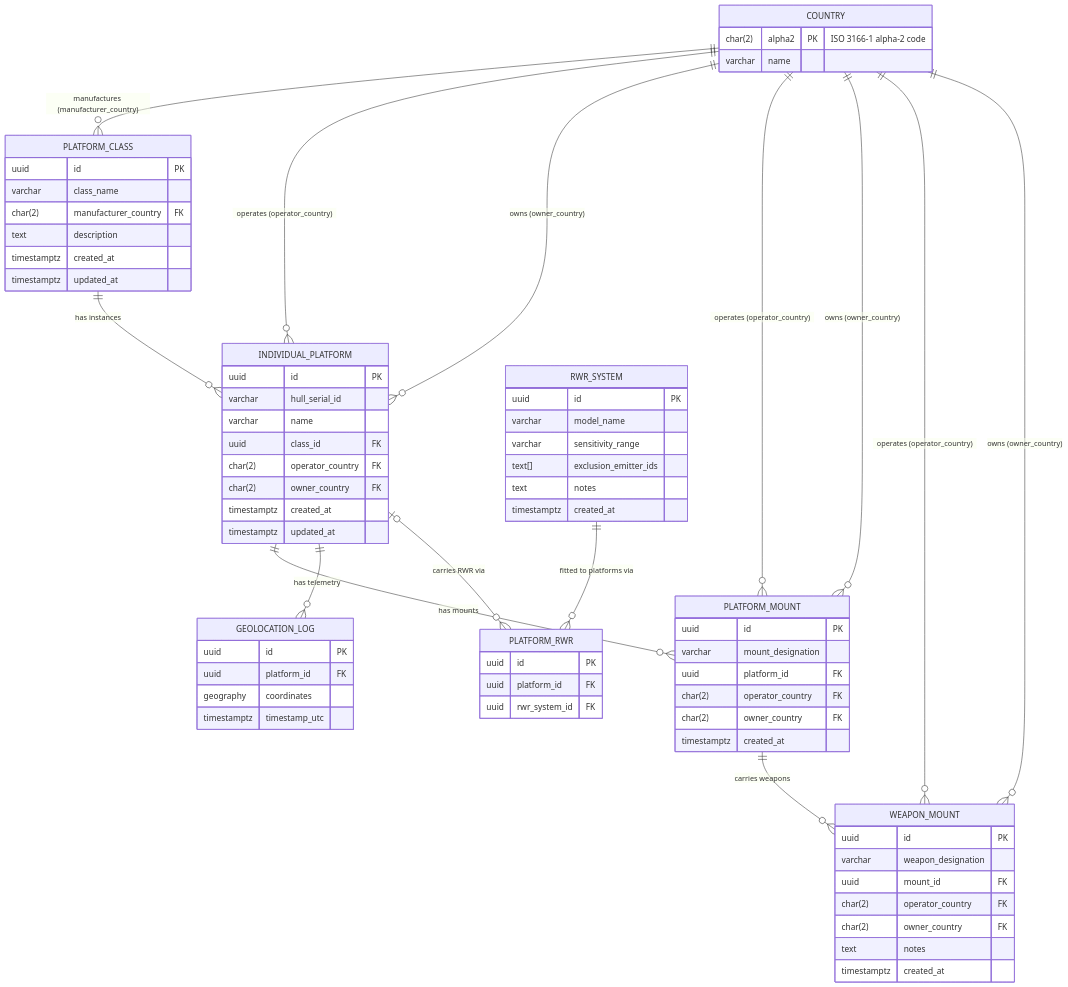
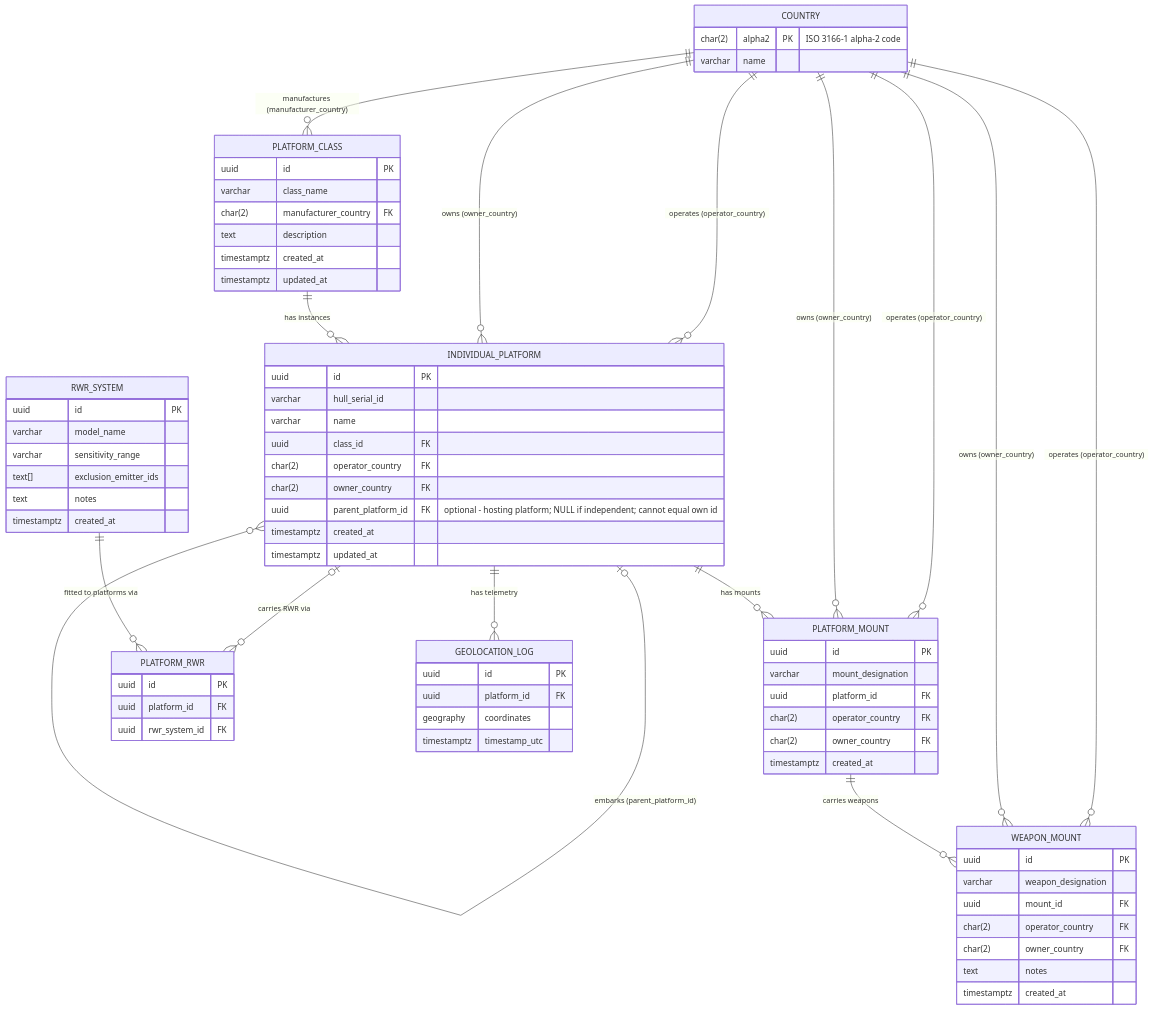
One commit to DXCSithlordPadawan/curator changed the second of 3 diagrams in docs/ARCHITECTURE.md. Above: the diagram before and after it, drawn with Mermaid. The commit also changed other lines of this file and 7 other files, not shown here.

First line of the commit message:
feat: add self-referential parent_platform_id to INDIVIDUAL_PLATFORM

````diff
--- a/docs/ARCHITECTURE.md
+++ b/docs/ARCHITECTURE.md
@@ -88,75 +88,77 @@
 ```mermaid
 erDiagram
     COUNTRY {
         char(2) alpha2 PK "ISO 3166-1 alpha-2 code"
         varchar name
     }
     PLATFORM_CLASS {
         uuid id PK
         varchar class_name
         char(2) manufacturer_country FK
         text description
         timestamptz created_at
         timestamptz updated_at
     }
     INDIVIDUAL_PLATFORM {
         uuid id PK
         varchar hull_serial_id
         varchar name
         uuid class_id FK
         char(2) operator_country FK
         char(2) owner_country FK
+        uuid parent_platform_id FK "optional - hosting platform; NULL if independent; cannot equal own id"
         timestamptz created_at
         timestamptz updated_at
     }
     PLATFORM_MOUNT {
         uuid id PK
         varchar mount_designation
         uuid platform_id FK
         char(2) operator_country FK
         char(2) owner_country FK
         timestamptz created_at
     }
     WEAPON_MOUNT {
         uuid id PK
         varchar weapon_designation
         uuid mount_id FK
         char(2) operator_country FK
         char(2) owner_country FK
         text notes
         timestamptz created_at
     }
     RWR_SYSTEM {
         uuid id PK
         varchar model_name
         varchar sensitivity_range
         text[] exclusion_emitter_ids
         text notes
         timestamptz created_at
     }
     PLATFORM_RWR {
         uuid id PK
         uuid platform_id FK
         uuid rwr_system_id FK
     }
     GEOLOCATION_LOG {
         uuid id PK
         uuid platform_id FK
         geography coordinates
         timestamptz timestamp_utc
     }
 
     COUNTRY                ||--o{ PLATFORM_CLASS      : "manufactures (manufacturer_country)"
     COUNTRY                ||--o{ INDIVIDUAL_PLATFORM  : "operates (operator_country)"
     COUNTRY                ||--o{ INDIVIDUAL_PLATFORM  : "owns (owner_country)"
     COUNTRY                ||--o{ PLATFORM_MOUNT       : "operates (operator_country)"
     COUNTRY                ||--o{ PLATFORM_MOUNT       : "owns (owner_country)"
     COUNTRY                ||--o{ WEAPON_MOUNT         : "operates (operator_country)"
     COUNTRY                ||--o{ WEAPON_MOUNT         : "owns (owner_country)"
     PLATFORM_CLASS         ||--o{ INDIVIDUAL_PLATFORM : "has instances"
+    INDIVIDUAL_PLATFORM    |o--o{ INDIVIDUAL_PLATFORM  : "embarks (parent_platform_id)"
     INDIVIDUAL_PLATFORM    ||--o{ PLATFORM_MOUNT      : "has mounts"
     INDIVIDUAL_PLATFORM    ||--o{ GEOLOCATION_LOG     : "has telemetry"
     INDIVIDUAL_PLATFORM    |o--o{ PLATFORM_RWR        : "carries RWR via"
     RWR_SYSTEM             ||--o{ PLATFORM_RWR        : "fitted to platforms via"
     PLATFORM_MOUNT         ||--o{ WEAPON_MOUNT        : "carries weapons"
 ```
````
